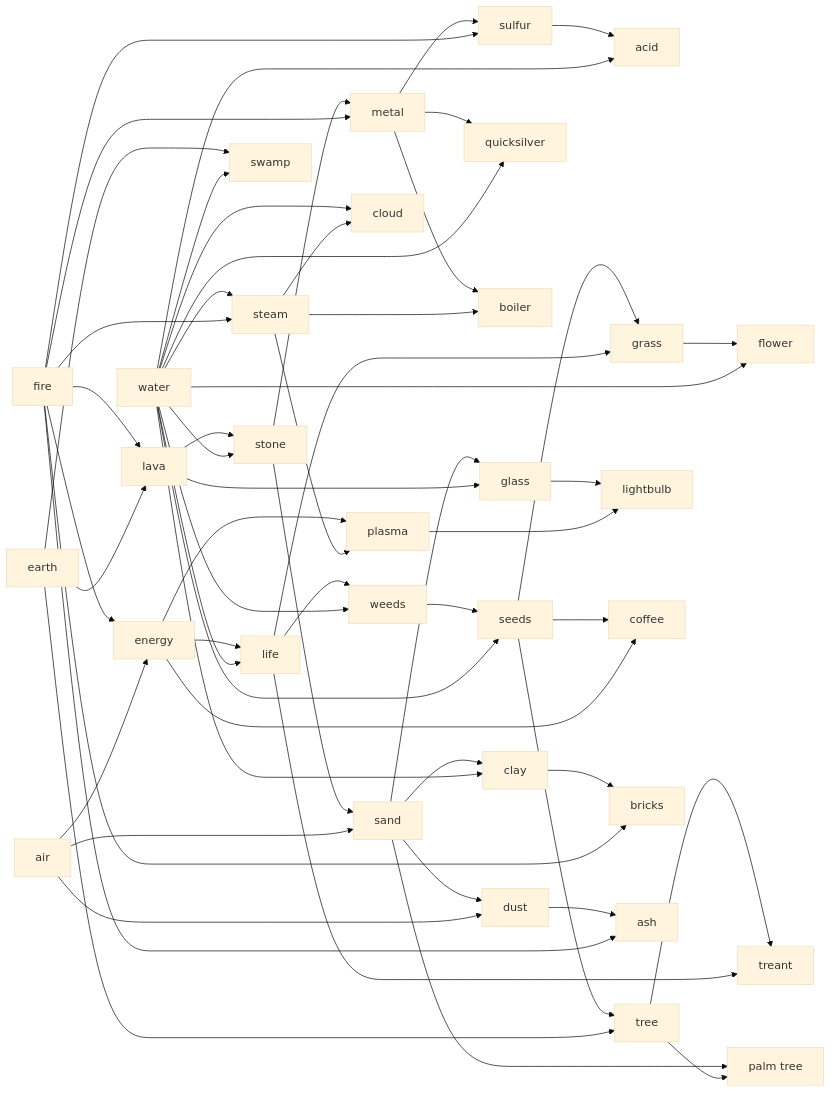
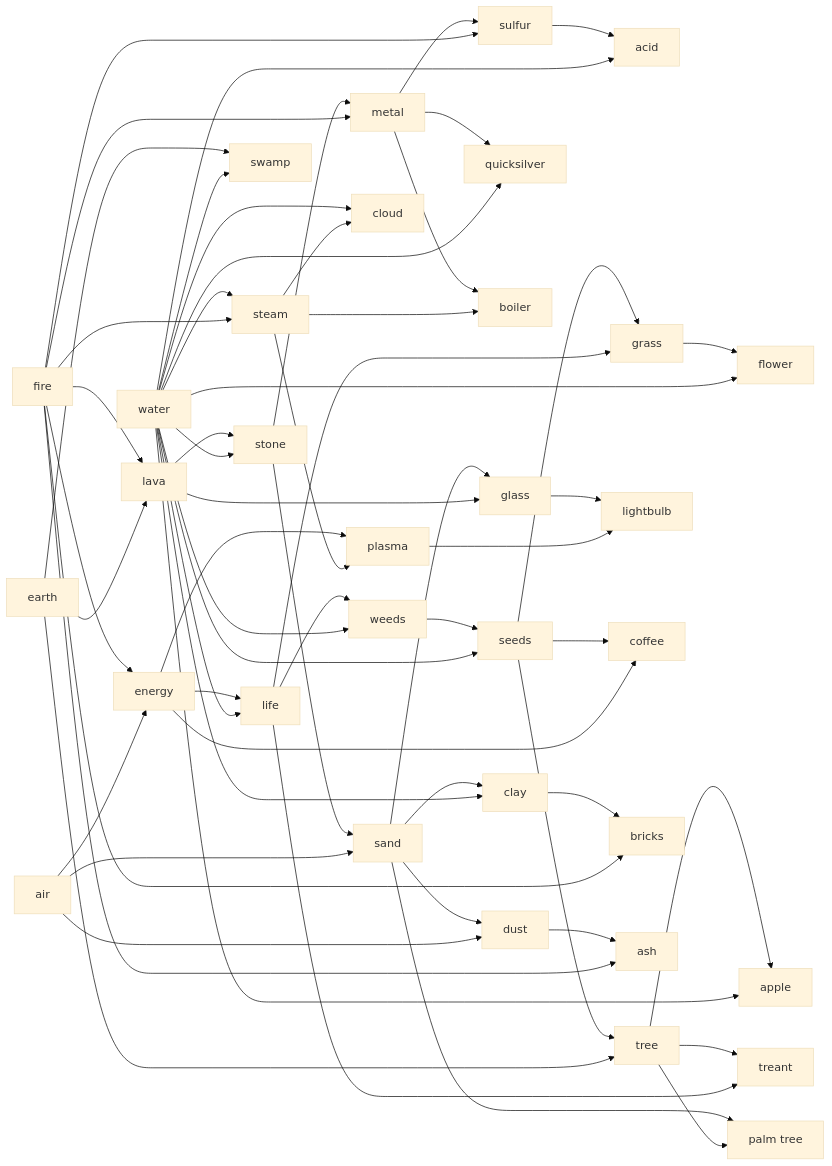
One commit to res0nat0r/doodle-god changed the diagram in README.md. Above: the diagram before and after it, drawn with Mermaid (base theme).

````diff
--- a/README.md
+++ b/README.md
@@ -87,4 +87,7 @@
 
 dust --> ash
 fire --> ash
+
+tree --> apple
+water --> apple
 ```
````
